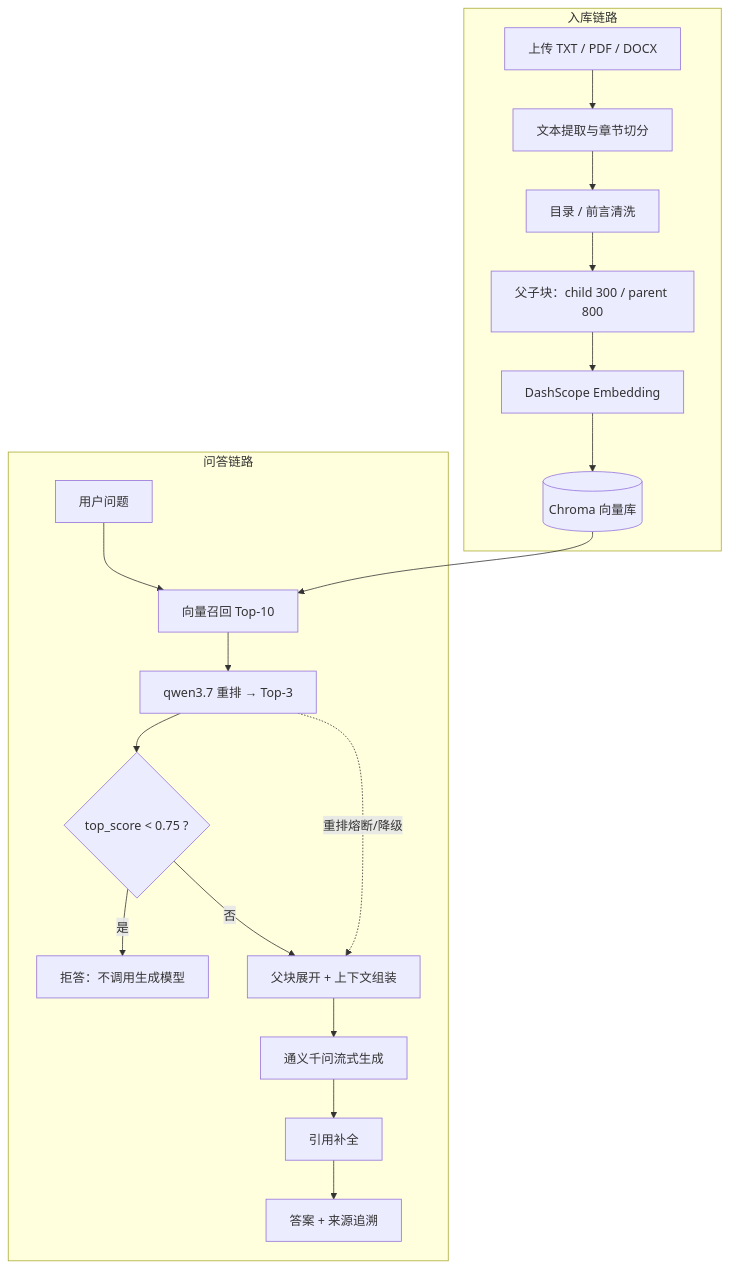
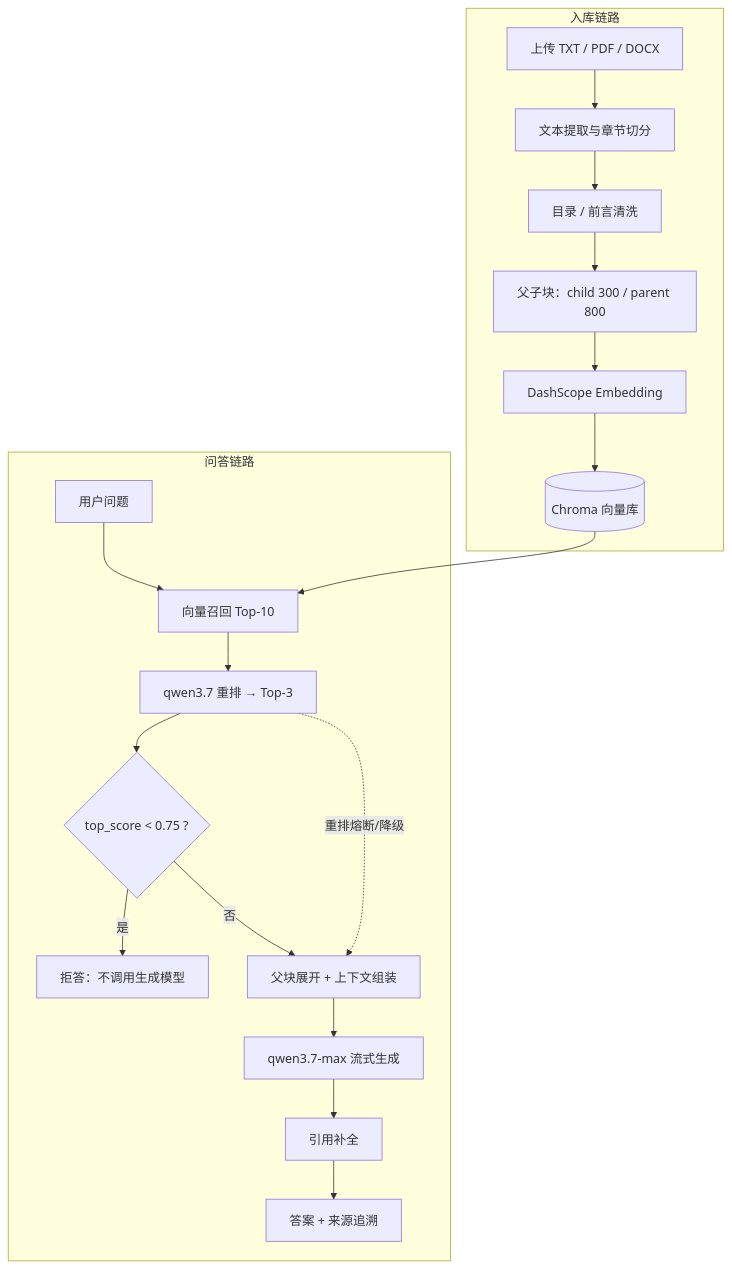
Before and after one commit to DL-DET/industrial-rag-assistant: the diagram in README.md, drawn with Mermaid. The commit also changed other lines of this file and 1 other file, not shown here.

First line of the commit message:
docs: add rendered architecture diagram

````diff
--- a/README.md
+++ b/README.md
@@ -508,23 +513,23 @@
 ```mermaid
 flowchart TB
     subgraph ingest["入库链路"]
         A[上传 TXT / PDF / DOCX] --> B[文本提取与章节切分]
         B --> C[目录 / 前言清洗]
         C --> P[父子块：child 300 / parent 800]
         P --> D[DashScope Embedding]
         D --> E[(Chroma 向量库)]
     end
 
     subgraph qa["问答链路"]
         F[用户问题] --> G[向量召回 Top-10]
         E --> G
         G --> R[qwen3.7 重排 → Top-3]
         R --> S{top_score < 0.75 ?}
         S -->|是| X[拒答：不调用生成模型]
         S -->|否| H[父块展开 + 上下文组装]
         R -.重排熔断/降级.-> H
-        H --> I[通义千问流式生成]
+        H --> I[qwen3.7-max 流式生成]
         I --> J[引用补全]
         J --> K[答案 + 来源追溯]
     end
 ```
````
